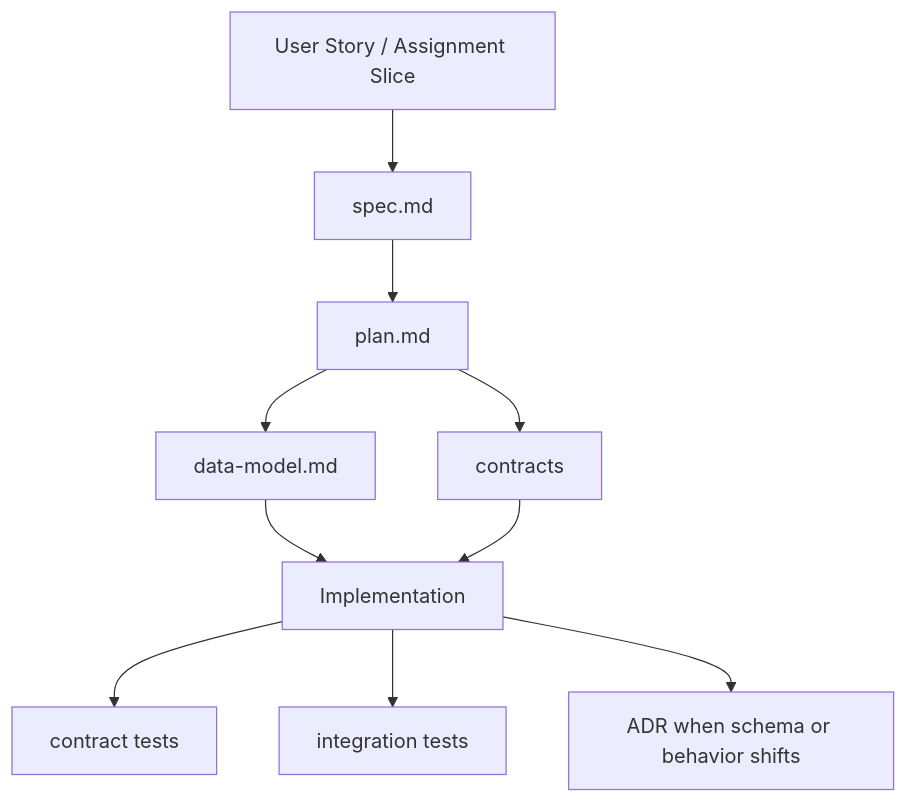
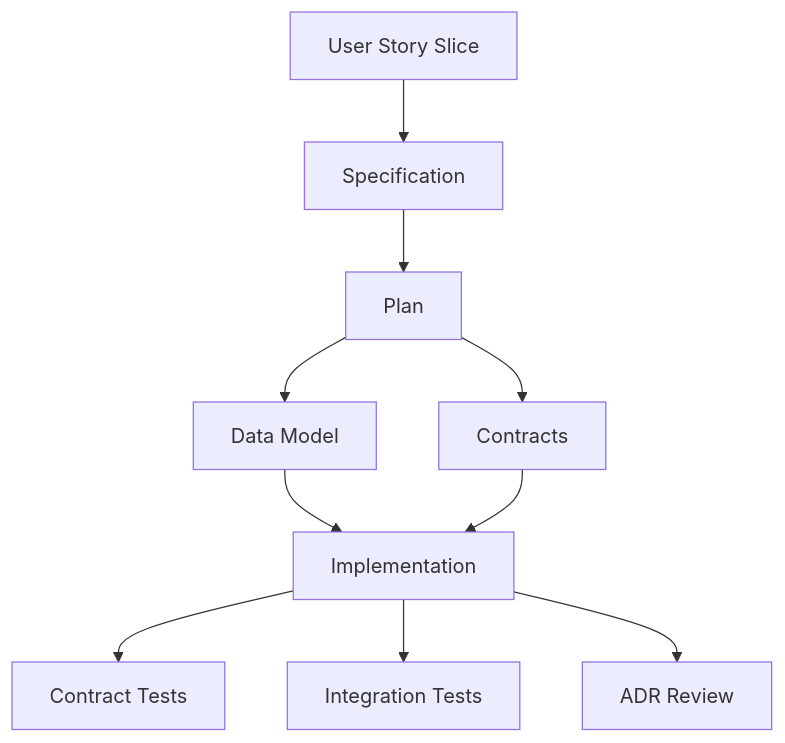
One commit to dotnetspark/p2p-api changed the second of 7 diagrams in README.md. Above: the diagram before and after it, drawn with Mermaid. The commit also changed 1 other file, not shown here.

Commit message:
fix(readme): simplify remaining Mermaid flow (#26)

````diff
--- a/README.md
+++ b/README.md
@@ -73,12 +73,12 @@
 ```mermaid
 flowchart TD
-    A[User Story / Assignment Slice] --> B[spec.md]
-    B --> C[plan.md]
-    C --> D[data-model.md]
-    C --> E[contracts]
-    D --> F[Implementation]
-    E --> F
-    F --> G[contract tests]
-    F --> H[integration tests]
-    F --> I[ADR when schema or behavior shifts]
+  A[User Story Slice] --> B[Specification]
+  B --> C[Plan]
+  C --> D[Data Model]
+  C --> E[Contracts]
+  D --> F[Implementation]
+  E --> F
+  F --> G[Contract Tests]
+  F --> H[Integration Tests]
+  F --> I[ADR Review]
 ```
````
